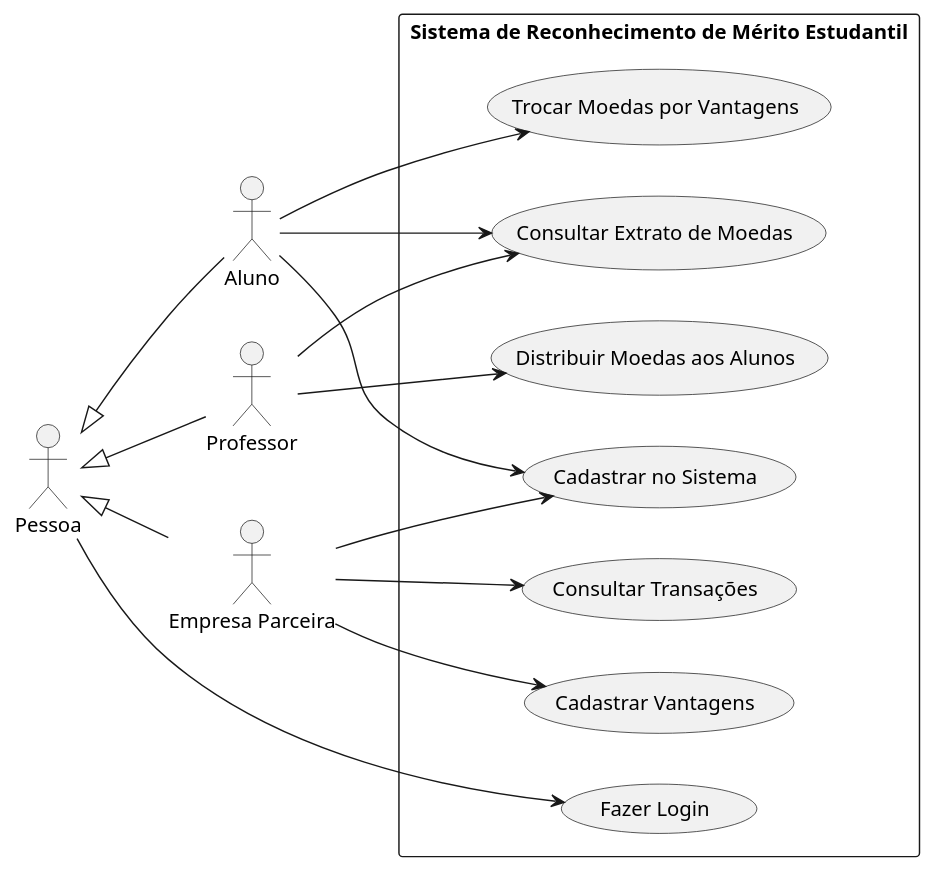
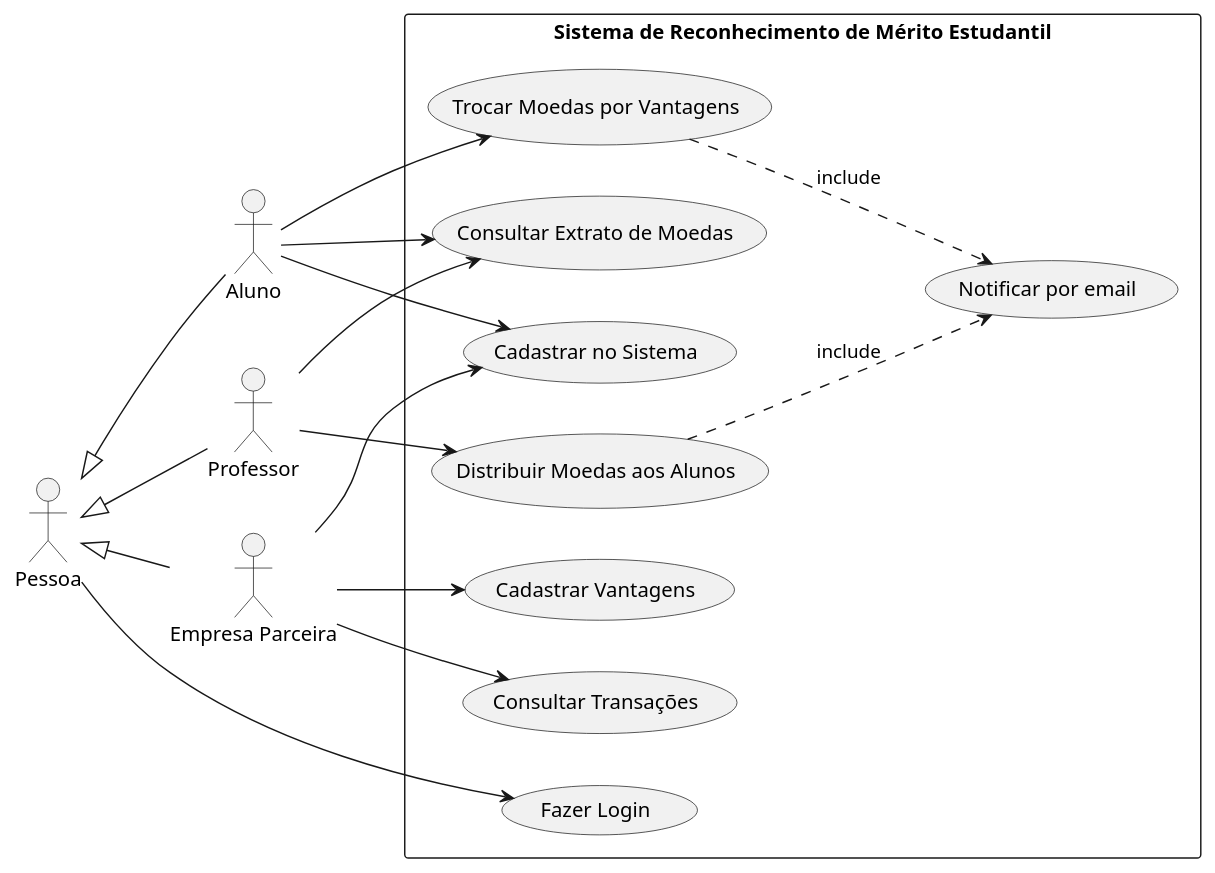
Before and after one commit to pedromaximocampos/LAB_03: the diagram in projeto/diagramaDeCasoUso.puml, drawn with PlantUML.

Commit message:
Diagrama de caso de uso atualizado

```diff
--- a/projeto/diagramaDeCasoUso.puml
+++ b/projeto/diagramaDeCasoUso.puml
@@ -1,36 +1,40 @@
 @startuml
 left to right direction
 actor "Pessoa" as P
 actor "Aluno" as A1
 actor "Professor" as A2
 actor "Empresa Parceira" as A3
 
 rectangle "Sistema de Reconhecimento de Mérito Estudantil" as System {
 
   usecase "Cadastrar no Sistema" as UC1
   usecase "Consultar Extrato de Moedas" as UC2
   usecase "Trocar Moedas por Vantagens" as UC3
   usecase "Distribuir Moedas aos Alunos" as UC4
   usecase "Cadastrar Vantagens" as UC5
   usecase "Consultar Transações" as UC7
   usecase "Fazer Login" as UC6
+  usecase "Notificar por email" as UC8
 
 }
 
 P <|-- A1
 P <|-- A2
 P <|-- A3
 
 P --> UC6
 
 A1 --> UC1
 A1 --> UC2
 A1 --> UC3
 
 A2 --> UC4
 A2 --> UC2
 
 A3 --> UC5
 A3 --> UC7
 A3 --> UC1
+
+UC3 ..> UC8 : include
+UC4 ..> UC8 : include
 @enduml
```
